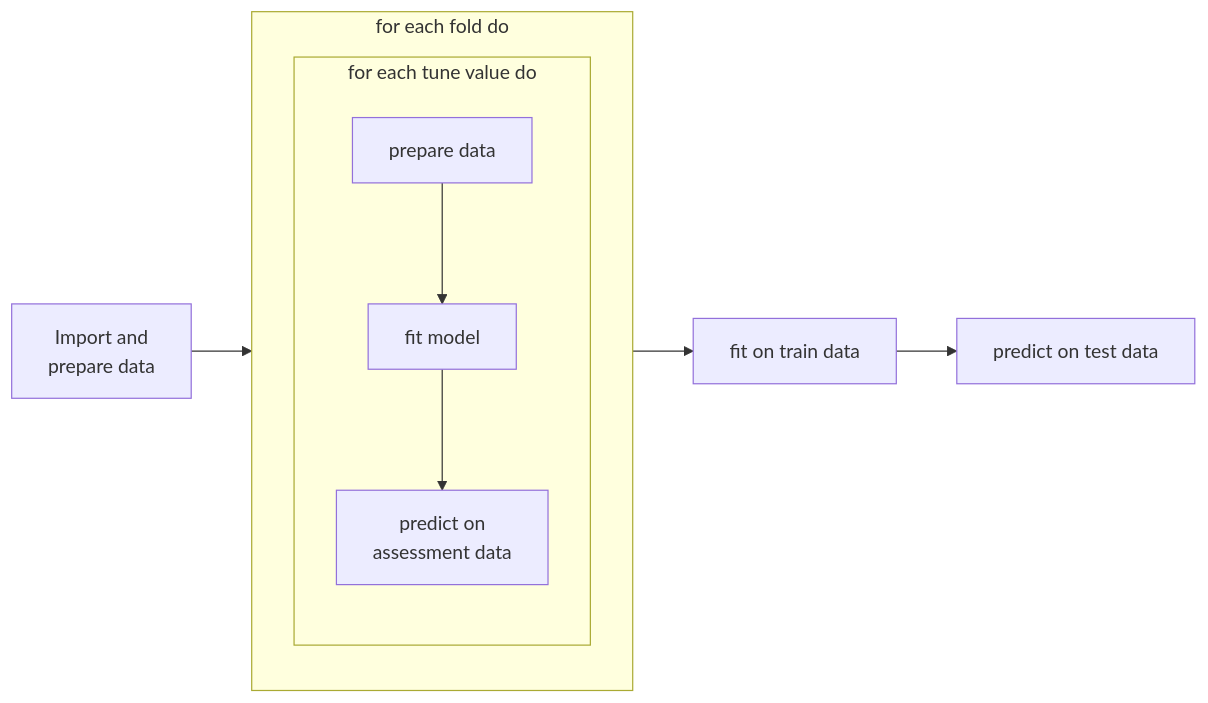
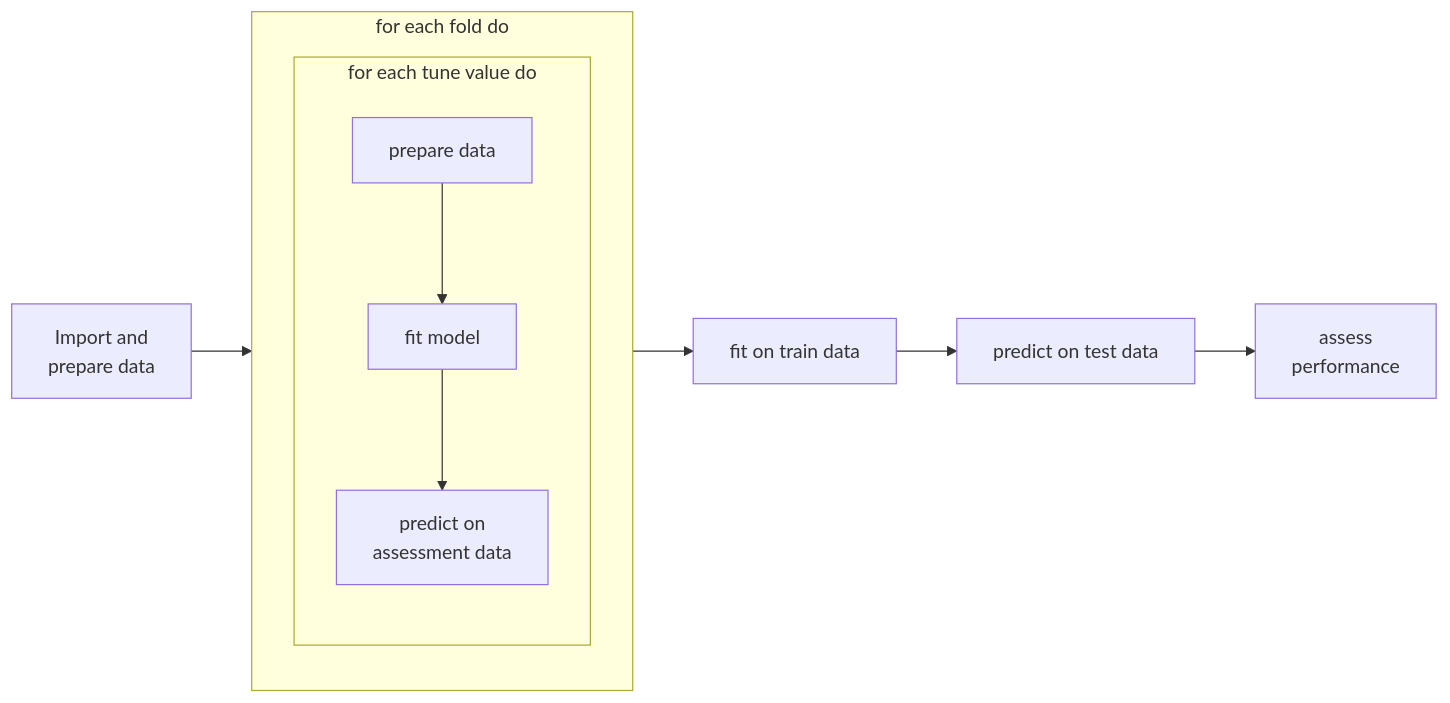
The second of 2 diagrams in talks/bmt-2023/index.qmd (sebastiansauer/hate-speech-barometer), drawn with Mermaid before and after one commit. The commit also changed other lines of this file and 3 other files, not shown here.

````diff
--- a/talks/bmt-2023/index.qmd
+++ b/talks/bmt-2023/index.qmd
@@ -123,13 +140,14 @@
 ```{mermaid}
 flowchart LR
 prepData[Import and </br>prepare data]  --> folds
 subgraph folds[for each fold do]
   subgraph tune[for each tune value do]
     direction TB
     prep2[prepare data] --> fit[fit model] --> predict[predict on</br>assessment data]
   end
 end
 folds --> fit2[fit on train data]
 fit2 -->pred2[predict on test data]
+pred2 --> performance[assess</br>performance]
 
 ```
````
